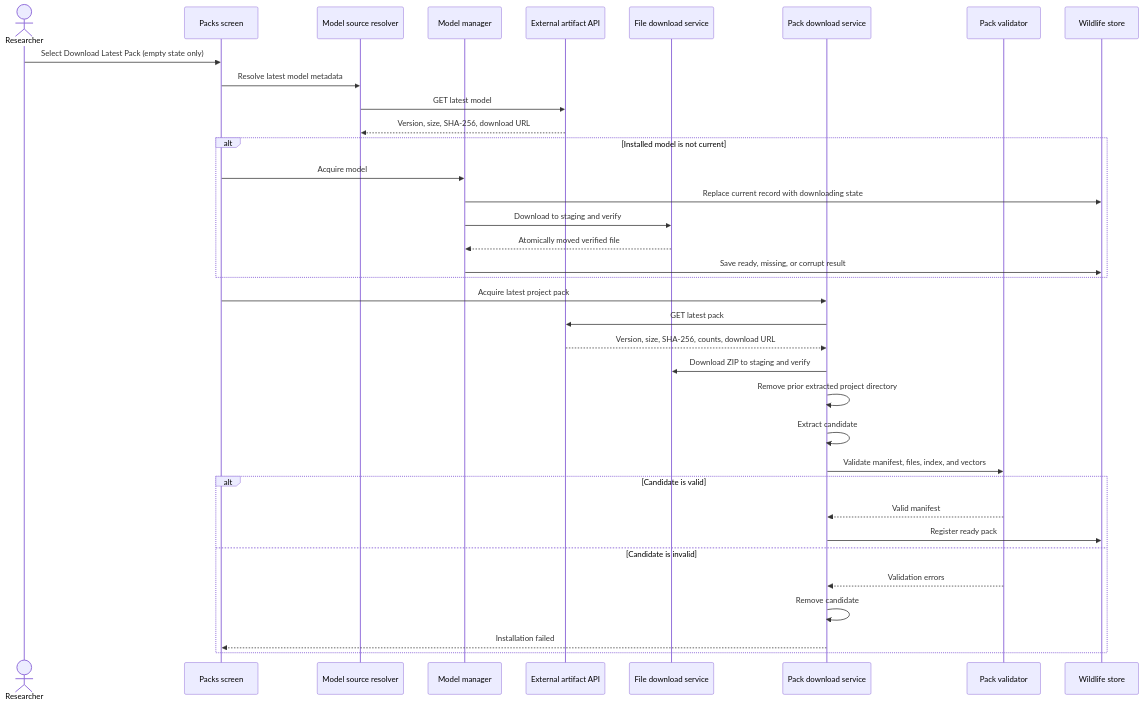
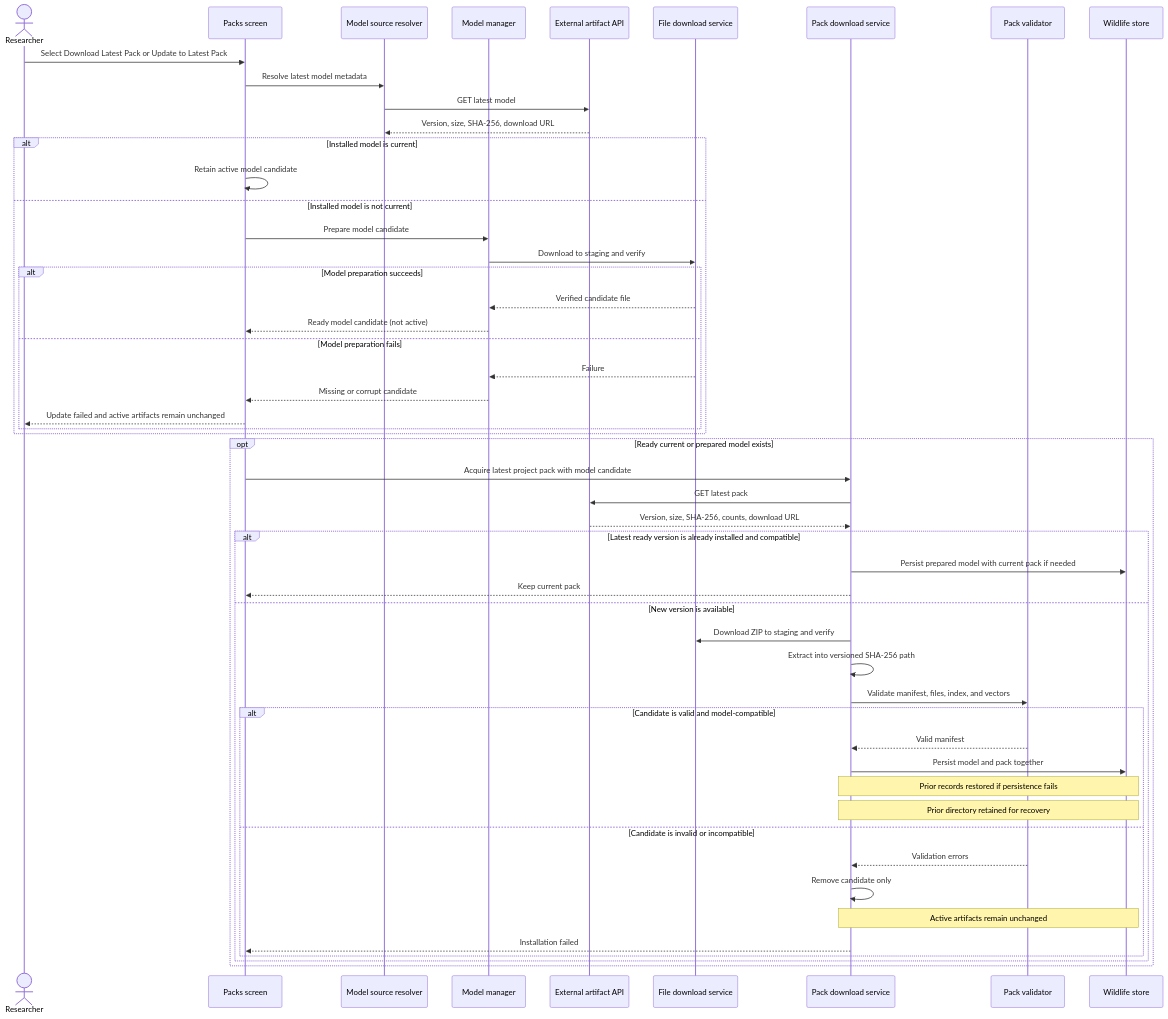
One commit to BMichaelJ/off-grid-mobile changed the diagram in docs/diagrams/artifact-update.mmd. Above: the diagram before and after it, drawn with Mermaid. The commit also changed 14 other files, not shown here.

```diff
--- a/docs/diagrams/artifact-update.mmd
+++ b/docs/diagrams/artifact-update.mmd
@@ -1,37 +1,53 @@
 sequenceDiagram
     actor Researcher
     participant UI as Packs screen
     participant Resolver as Model source resolver
     participant Model as Model manager
     participant API as External artifact API
     participant Download as File download service
     participant Pack as Pack download service
     participant Validate as Pack validator
     participant Store as Wildlife store
 
-    Researcher->>UI: Select Download Latest Pack (empty state only)
+    Researcher->>UI: Select Download Latest Pack or Update to Latest Pack
     UI->>Resolver: Resolve latest model metadata
     Resolver->>API: GET latest model
     API-->>Resolver: Version, size, SHA-256, download URL
-    alt Installed model is not current
-        UI->>Model: Acquire model
-        Model->>Store: Replace current record with downloading state
+    alt Installed model is current
+        UI->>UI: Retain active model candidate
+    else Installed model is not current
+        UI->>Model: Prepare model candidate
         Model->>Download: Download to staging and verify
-        Download-->>Model: Atomically moved verified file
-        Model->>Store: Save ready, missing, or corrupt result
+        alt Model preparation succeeds
+            Download-->>Model: Verified candidate file
+            Model-->>UI: Ready model candidate (not active)
+        else Model preparation fails
+            Download-->>Model: Failure
+            Model-->>UI: Missing or corrupt candidate
+            UI-->>Researcher: Update failed and active artifacts remain unchanged
+        end
     end
-    UI->>Pack: Acquire latest project pack
-    Pack->>API: GET latest pack
-    API-->>Pack: Version, size, SHA-256, counts, download URL
-    Pack->>Download: Download ZIP to staging and verify
-    Pack->>Pack: Remove prior extracted project directory
-    Pack->>Pack: Extract candidate
-    Pack->>Validate: Validate manifest, files, index, and vectors
-    alt Candidate is valid
-        Validate-->>Pack: Valid manifest
-        Pack->>Store: Register ready pack
-    else Candidate is invalid
-        Validate-->>Pack: Validation errors
-        Pack->>Pack: Remove candidate
-        Pack-->>UI: Installation failed
+    opt Ready current or prepared model exists
+        UI->>Pack: Acquire latest project pack with model candidate
+        Pack->>API: GET latest pack
+        API-->>Pack: Version, size, SHA-256, counts, download URL
+        alt Latest ready version is already installed and compatible
+            Pack->>Store: Persist prepared model with current pack if needed
+            Pack-->>UI: Keep current pack
+        else New version is available
+            Pack->>Download: Download ZIP to staging and verify
+            Pack->>Pack: Extract into versioned SHA-256 path
+            Pack->>Validate: Validate manifest, files, index, and vectors
+            alt Candidate is valid and model-compatible
+                Validate-->>Pack: Valid manifest
+                Pack->>Store: Persist model and pack together
+                Note over Pack,Store: Prior records restored if persistence fails
+                Note over Pack,Store: Prior directory retained for recovery
+            else Candidate is invalid or incompatible
+                Validate-->>Pack: Validation errors
+                Pack->>Pack: Remove candidate only
+                Note over Pack,Store: Active artifacts remain unchanged
+                Pack-->>UI: Installation failed
+            end
+        end
     end
```
